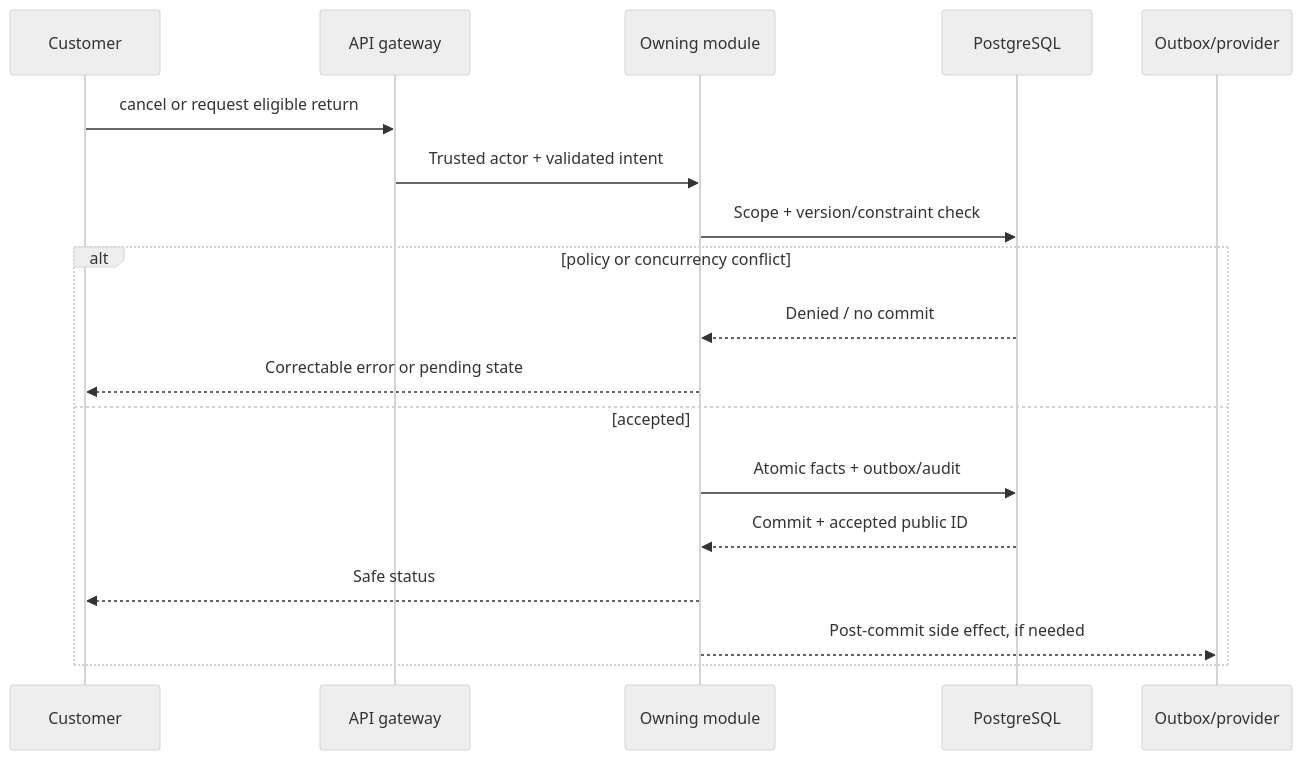
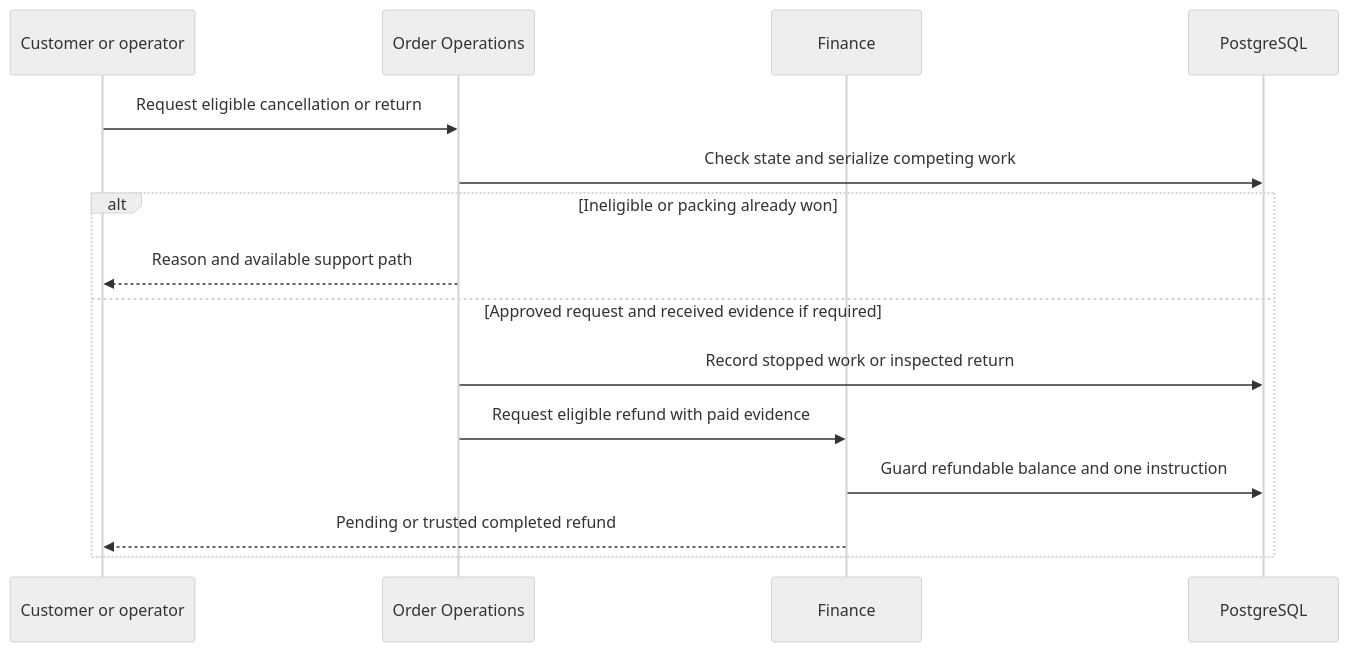
One commit to shiladityamajumder/pharmville-docs changed the diagram in 06-Workflows/WF-010-Cancellation-Return-and-Refund.md. Above: the diagram before and after it, drawn with Mermaid (neutral theme). The commit also changed other lines of this file and 158 other files, not shown here.

Commit message:
docs: add business guides, fix Mermaid diagrams, improve traceability and automate validation

````diff
--- a/06-Workflows/WF-010-Cancellation-Return-and-Refund.md
+++ b/06-Workflows/WF-010-Cancellation-Return-and-Refund.md
@@ -31,20 +27,17 @@
 ```mermaid
 sequenceDiagram
-  participant A as Customer
-  participant API as API gateway
-  participant O as Owning module
-  participant PG as PostgreSQL
-  participant P as Outbox/provider
-  A->>API: cancel or request eligible return
-  API->>O: Trusted actor + validated intent
-  O->>PG: Scope + version/constraint check
-  alt policy or concurrency conflict
-    PG-->>O: Denied / no commit
-    O-->>A: Correctable error or pending state
-  else accepted
-    O->>PG: Atomic facts + outbox/audit
-    PG-->>O: Commit + accepted public ID
-    O-->>A: Safe status
-    O-->>P: Post-commit side effect, if needed
+  participant C as Customer or operator
+  participant O as Order Operations
+  participant S as Finance
+  participant D as PostgreSQL
+  C->>O: Request eligible cancellation or return
+  O->>D: Check state and serialize competing work
+  alt Ineligible or packing already won
+    O-->>C: Reason and available support path
+  else Approved request and received evidence if required
+    O->>D: Record stopped work or inspected return
+    O->>S: Request eligible refund with paid evidence
+    S->>D: Guard refundable balance and one instruction
+    S-->>C: Pending or trusted completed refund
   end
 ```
````
